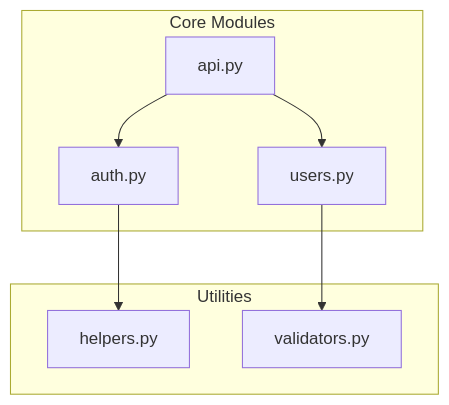
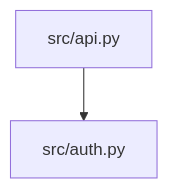
Before and after one commit to rysweet/amplihack-rs: the first of 3 diagrams in amplifier-bundle/skills/code-visualizer/SKILL.md, drawn with Mermaid. The commit also changed other lines of this file and 23 other files, not shown here.

````diff
--- a/amplifier-bundle/skills/code-visualizer/SKILL.md
+++ b/amplifier-bundle/skills/code-visualizer/SKILL.md
@@ -160,18 +251,6 @@
 ```mermaid
 flowchart TD
-    subgraph core["Core Modules"]
-        auth[auth.py]
-        users[users.py]
-        api[api.py]
-    end
-
-    subgraph utils["Utilities"]
-        helpers[helpers.py]
-        validators[validators.py]
-    end
-
-    api --> auth
-    api --> users
-    auth --> helpers
-    users --> validators
+    src_api_py["src/api.py"]
+    src_auth_py["src/auth.py"]
+    src_api_py --> src_auth_py
 ```
````
